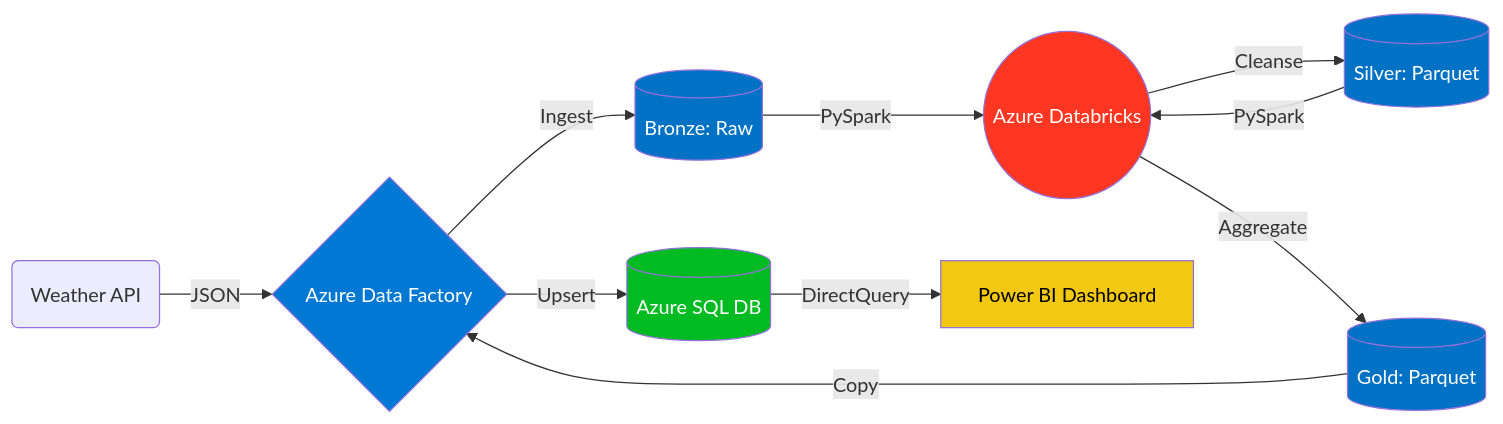
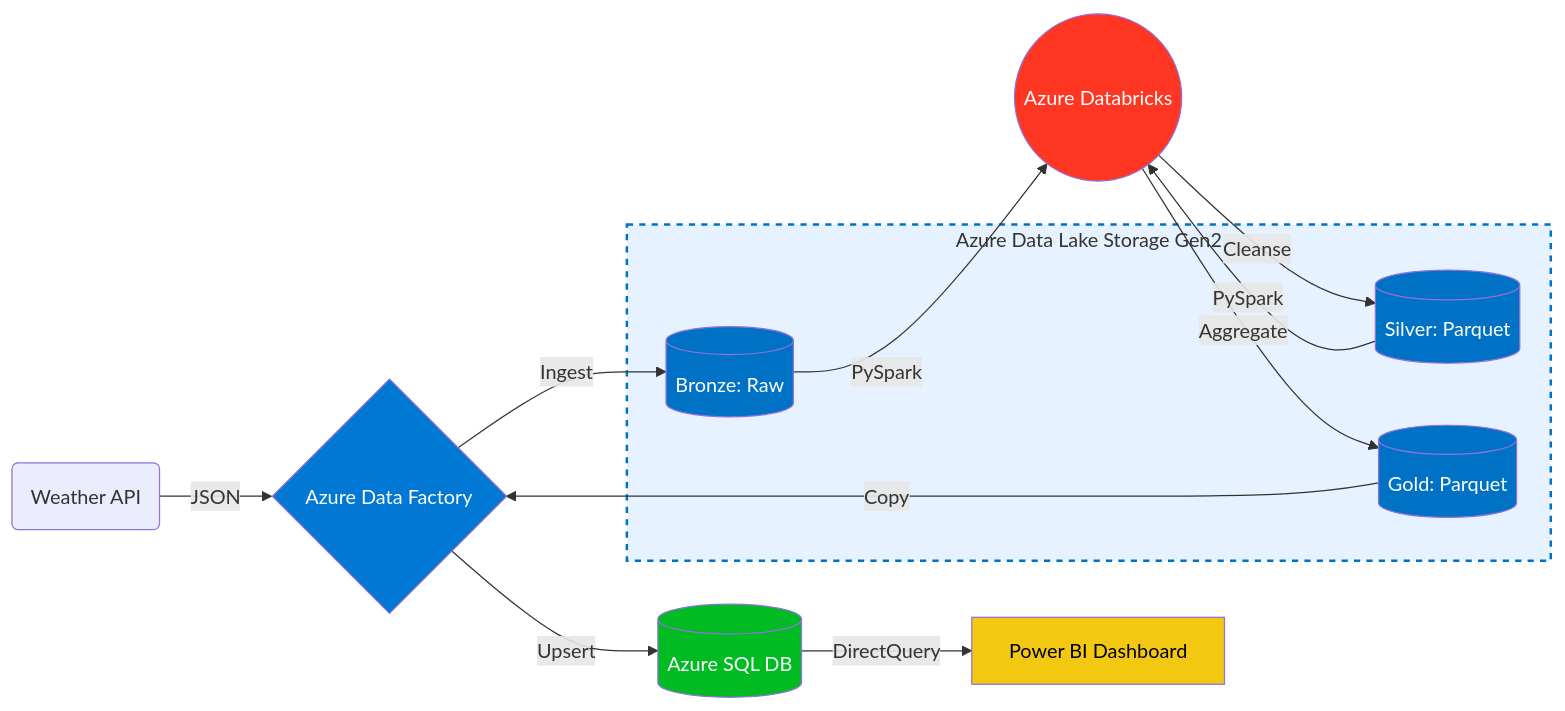
The diagram in README.md (manvith2003/Azure-Weather-Analytics-Pipeline), drawn with Mermaid before and after one commit.

Commit message:
docs: enclose bronze, silver, gold nodes within Azure Data Lake Gen2 subgraph in mermaid diagram

````diff
--- a/README.md
+++ b/README.md
@@ -15,20 +15,28 @@
 ```mermaid
 graph LR
     API(Weather API) -->|JSON| ADF{Azure Data Factory}
-    ADF -->|Ingest| ADLS_B[(Bronze: Raw)]
+    
+    subgraph ADLS[Azure Data Lake Storage Gen2]
+        ADLS_B[(Bronze: Raw)]
+        ADLS_S[(Silver: Parquet)]
+        ADLS_G[(Gold: Parquet)]
+    end
+    
+    ADF -->|Ingest| ADLS_B
     ADLS_B -->|PySpark| ADB((Azure Databricks))
-    ADB -->|Cleanse| ADLS_S[(Silver: Parquet)]
+    ADB -->|Cleanse| ADLS_S
     ADLS_S -->|PySpark| ADB
-    ADB -->|Aggregate| ADLS_G[(Gold: Parquet)]
+    ADB -->|Aggregate| ADLS_G
     ADLS_G -->|Copy| ADF
     ADF -->|Upsert| SQL[(Azure SQL DB)]
     SQL -->|DirectQuery| PBI[Power BI Dashboard]
     
     style ADF fill:#0078d4,color:#fff
     style ADB fill:#ff3621,color:#fff
     style ADLS_B fill:#0072c6,color:#fff
     style ADLS_S fill:#0072c6,color:#fff
     style ADLS_G fill:#0072c6,color:#fff
     style SQL fill:#00bc22,color:#fff
     style PBI fill:#f2c811,color:#000
+    style ADLS fill:#e6f2ff,stroke:#0072c6,stroke-width:2px,stroke-dasharray: 5 5
 ```
````
